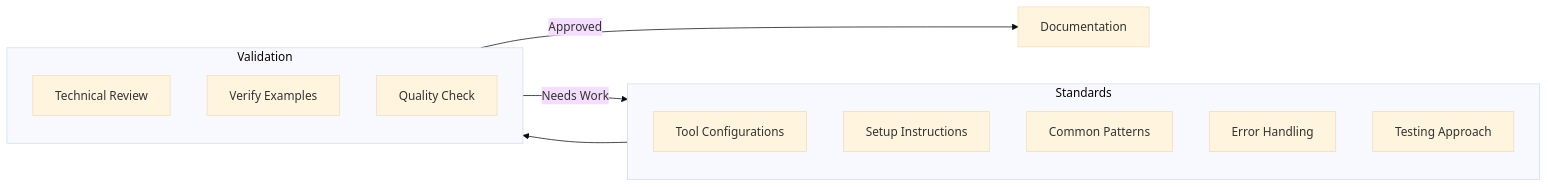
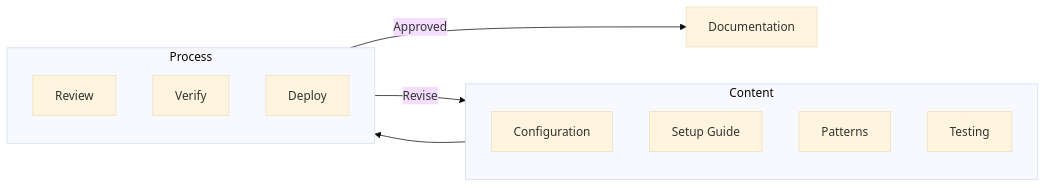
One commit to timbuchinger/project-requirements changed the third of 3 diagrams in memory-bank/systemPatterns.md. Above: the diagram before and after it, drawn with Mermaid (base theme). The commit also changed other lines of this file and 5 other files, not shown here.

````diff
--- a/memory-bank/systemPatterns.md
+++ b/memory-bank/systemPatterns.md
@@ -116,20 +93,19 @@
 ```mermaid
 flowchart LR
-    subgraph Standards
-        Config[Tool Configurations]
-        Setup[Setup Instructions]
-        Patterns[Common Patterns]
-        Error[Error Handling]
-        Testing[Testing Approach]
+    subgraph Content
+        Config[Configuration]
+        Setup[Setup Guide]
+        Patterns[Patterns]
+        Testing[Testing]
     end
 
-    subgraph Validation
-        Review[Technical Review]
-        Verify[Verify Examples]
-        Check[Quality Check]
+    subgraph Process
+        Review[Review]
+        Verify[Verify]
+        Deploy[Deploy]
     end
 
-    Standards --> Validation
-    Validation -->|Approved| Docs[Documentation]
-    Validation -->|Needs Work| Standards
+    Content --> Process
+    Process -->|Approved| Docs[Documentation]
+    Process -->|Revise| Content
 ```
````
